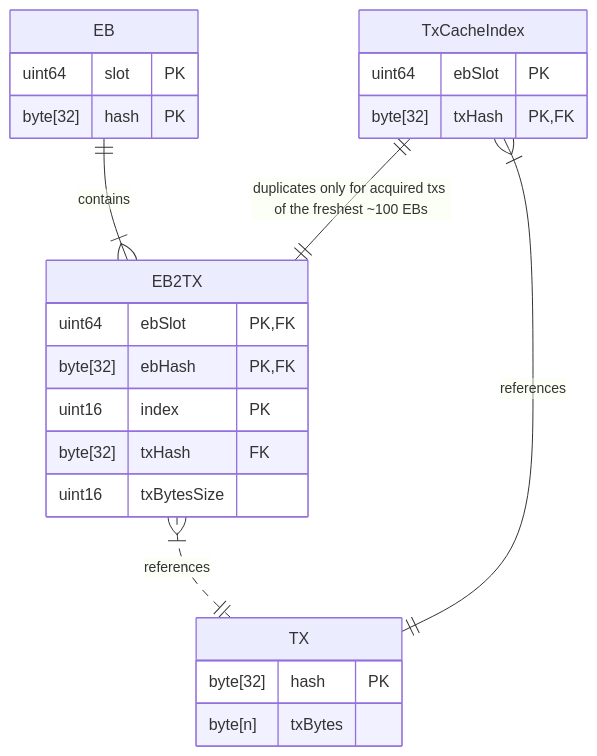
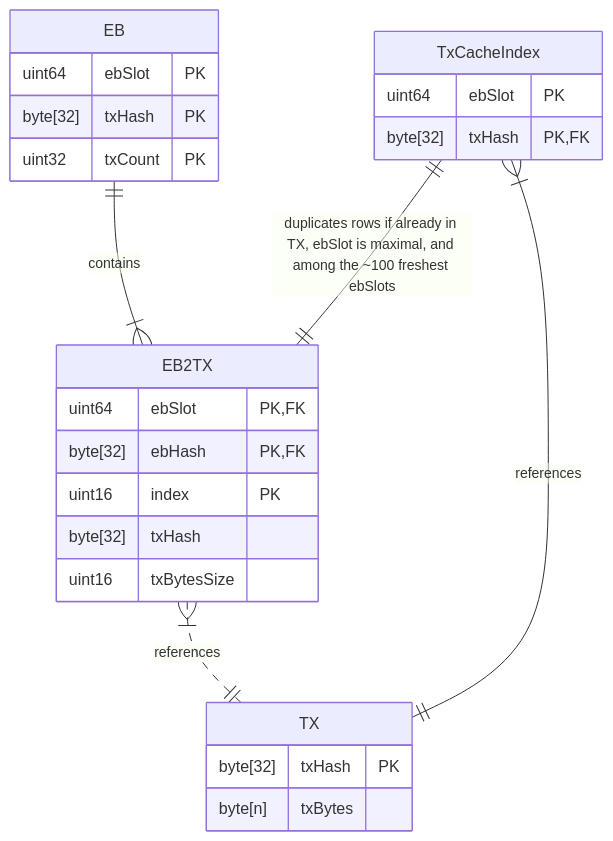
Before and after one commit to input-output-hk/ouroboros-leios: the third of 4 diagrams in docs/leios-design/RelationalStorage.md, drawn with Mermaid. The commit also changed other lines of this file, not shown here.

````diff
--- a/docs/leios-design/RelationalStorage.md
+++ b/docs/leios-design/RelationalStorage.md
@@ -155,39 +155,34 @@
 ```mermaid
 erDiagram
-    %% Just a slot-hash pair, aka point.
-    %% TODO length field too, since EbAnnouncement could have that?
     EB {
-        uint64 slot PK
-        byte[32] hash PK
+        uint64 ebSlot PK
+        byte[32] txHash PK
+        uint32 txCount PK
     }
 
-    %% An EbBody contains exactly all of the EB2TXs for that EB.
     EB2TX {
         uint64 ebSlot PK, FK
         byte[32] ebHash PK, FK
         uint16 index PK
-        byte[32] txHash FK
+        byte[32] txHash
         uint16 txBytesSize
     }
 
     TX {
-        byte[32] hash PK
+        byte[32] txHash PK
         byte[n] txBytes
     }
 
     EB   1   to   one or more   EB2TX : contains
 
-    %% Not an identifying relationship, because the EB2TX can exist before the TX does.
-    %% For example, before the TX has been fetched.
     EB2TX   one or more   optionally to   1   TX : references
 
-    %% An EbBody contains exactly all of the EB2TXs for that EB.
     TxCacheIndex {
         uint64 ebSlot PK
         byte[32] txHash PK, FK
     }
 
     TxCacheIndex   one or more   to   1   TX : references
 
-    TxCacheIndex   1   to   1   EB2TX : "duplicates only for acquired txs of the freshest ~100 EBs"
+    TxCacheIndex   1   to   1   EB2TX : "duplicates rows if already in TX, ebSlot is maximal, and among the ~100 freshest ebSlots"
 ```
````
